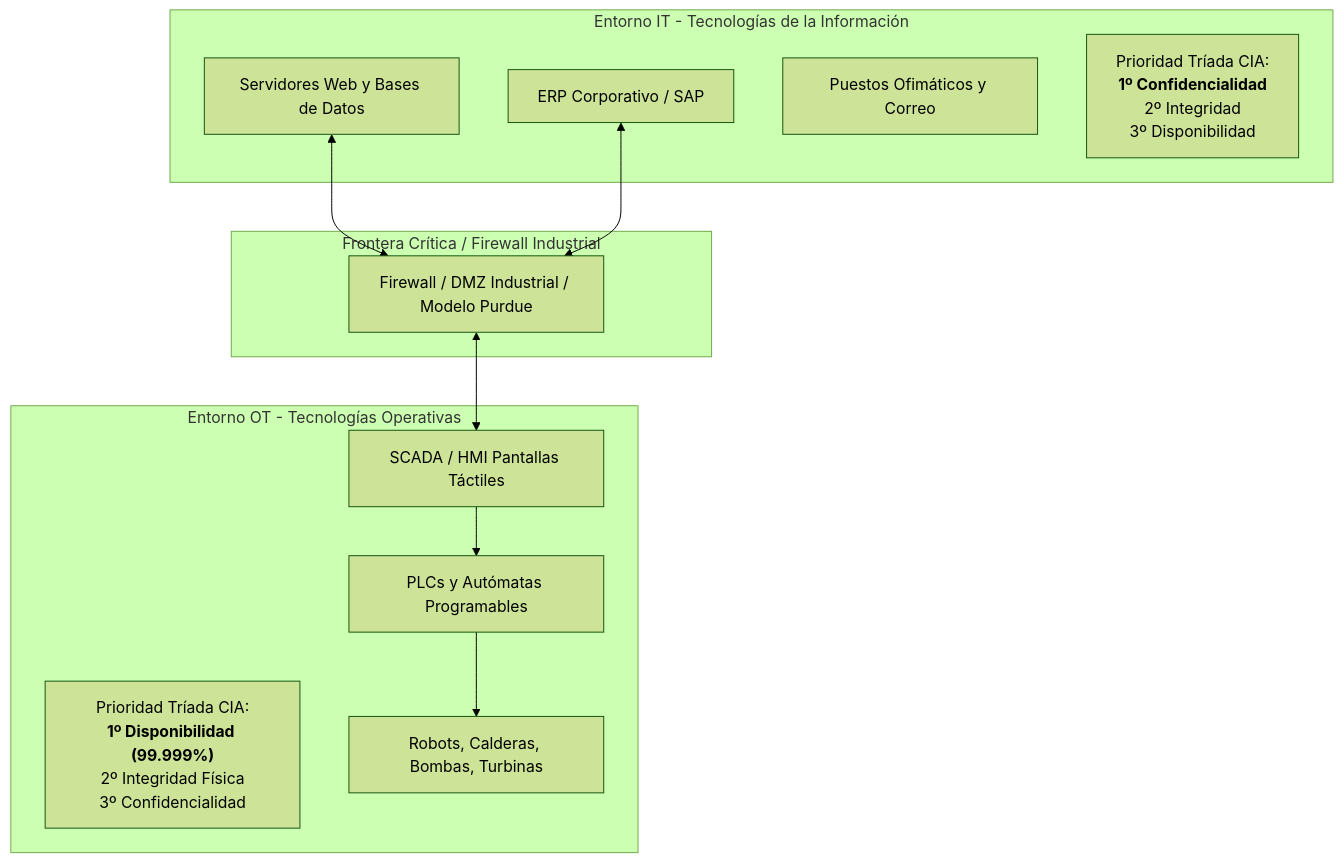
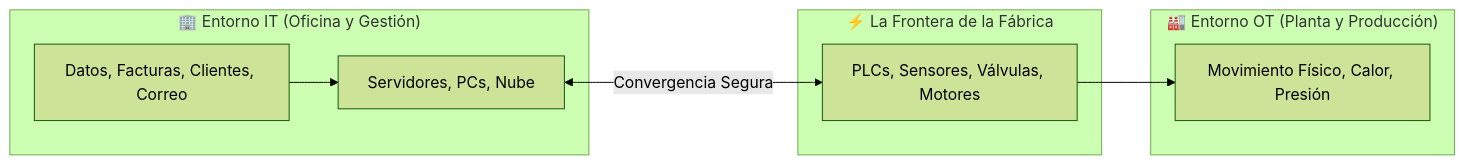
The first of 6 diagrams in docs/temas/01-digitalizacion/03-organizacion-convergencia-ot-it.md (jssdocente/dasp2627d), drawn with Mermaid (forest theme) before and after one commit. The commit also changed other lines of this file and 2 other files, not shown here.

````diff
--- a/docs/temas/01-digitalizacion/03-organizacion-convergencia-ot-it.md
+++ b/docs/temas/01-digitalizacion/03-organizacion-convergencia-ot-it.md
@@ -56,25 +16,14 @@
 ```mermaid
-flowchart TD
-    subgraph Entorno IT - Tecnologías de la Información
-        IT1[Servidores Web y Bases de Datos]
-        IT2[ERP Corporativo / SAP]
-        IT3[Puestos Ofimáticos y Correo]
-        IT_PRIO["Prioridad Tríada CIA:<br/><b>1º Confidencialidad</b><br/>2º Integridad<br/>3º Disponibilidad"]
+graph LR
+    subgraph IT ["🏢 Entorno IT (Oficina y Gestión)"]
+        IT1["Datos, Facturas, Clientes, Correo"] --> IT2["Servidores, PCs, Nube"]
     end
 
-    subgraph Frontera Crítica / Firewall Industrial
-        FW[Firewall / DMZ Industrial / Modelo Purdue]
+    subgraph Frontera ["⚡ La Frontera de la Fábrica"]
+        IT2 <-->|Convergencia Segura| OT1
     end
 
-    subgraph Entorno OT - Tecnologías Operativas
-        OT_PRIO["Prioridad Tríada CIA:<br/><b>1º Disponibilidad (99.999%)</b><br/>2º Integridad Física<br/>3º Confidencialidad"]
-        OT1[SCADA / HMI Pantallas Táctiles]
-        OT2[PLCs y Autómatas Programables]
-        OT3[Robots, Calderas, Bombas, Turbinas]
+    subgraph OT ["🏭 Entorno OT (Planta y Producción)"]
+        OT1["PLCs, Sensores, Válvulas, Motores"] --> OT2["Movimiento Físico, Calor, Presión"]
     end
-
-    IT1 <--> FW
-    IT2 <--> FW
-    FW <--> OT1
-    OT1 --> OT2 --> OT3
 ```
````
